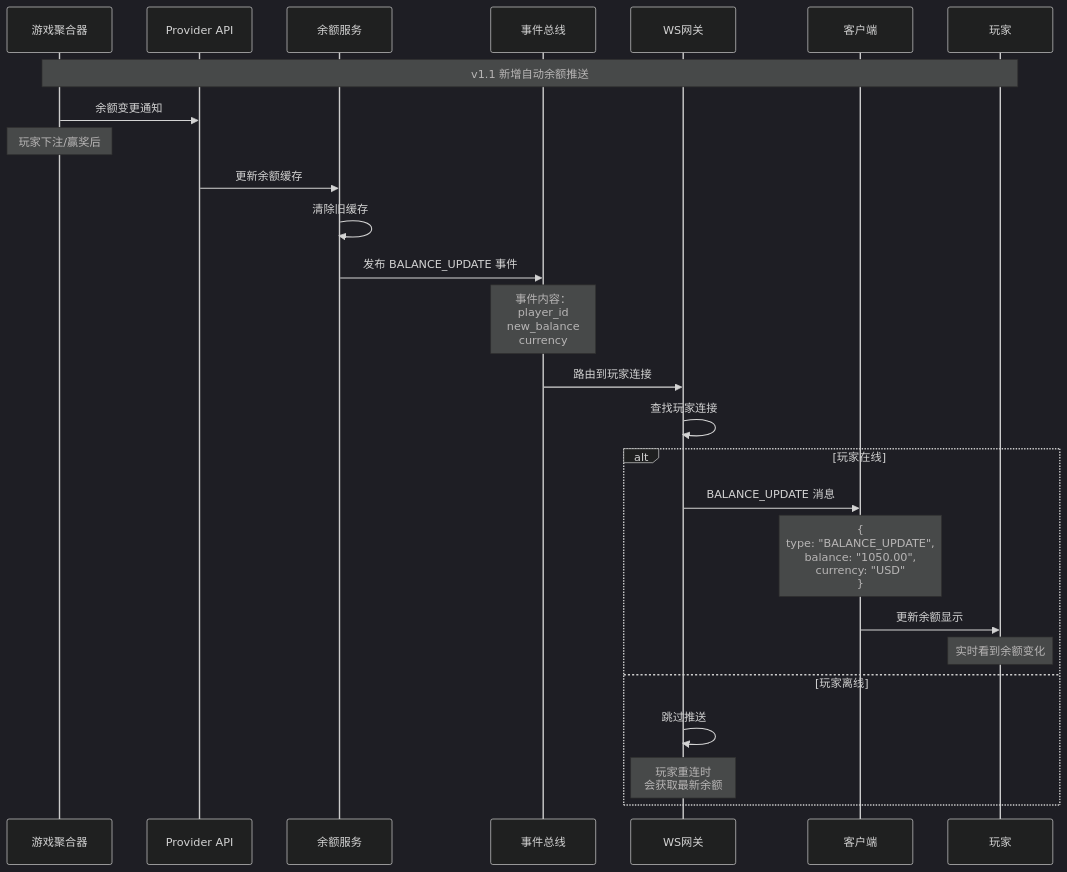
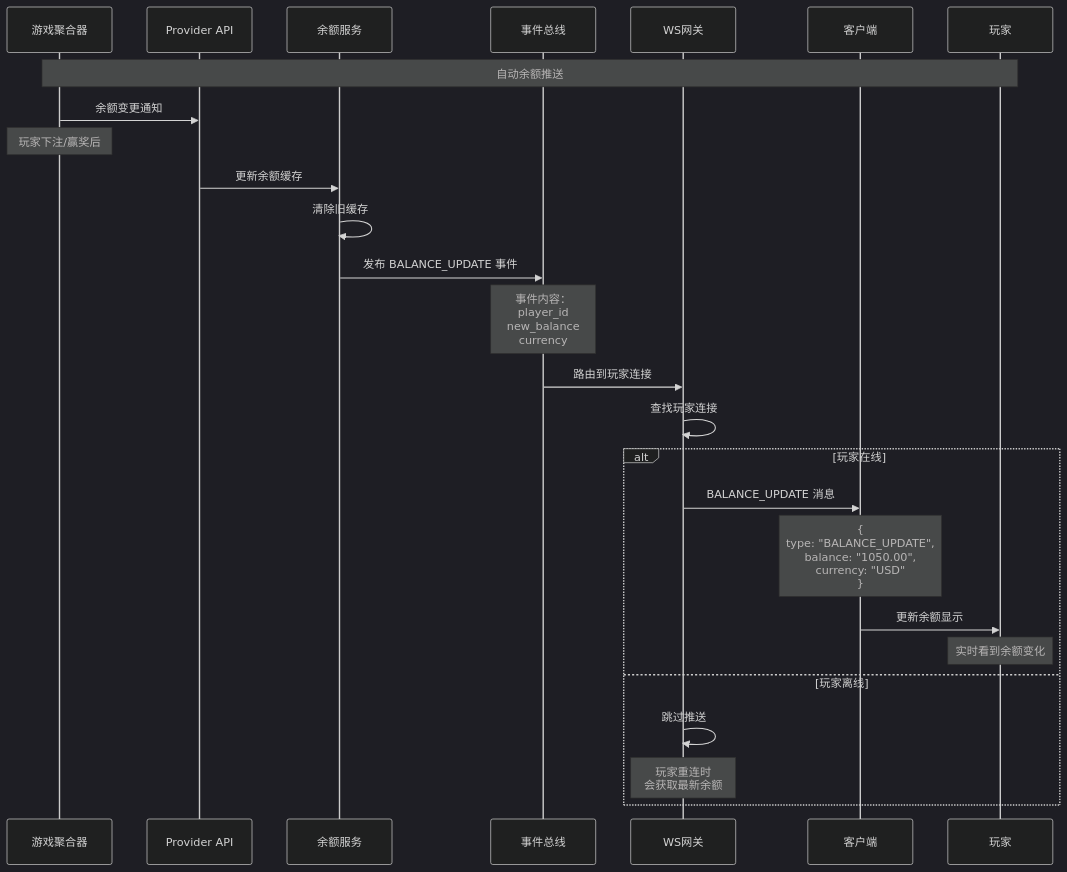
One commit to infigaming-com/invoker-gh-pages changed diagram 17 of 32 in sequence-diagrams-zh.md. Above: the diagram before and after it, drawn with Mermaid (dark theme). The commit also changed other lines of this file and 3 other files, not shown here.

````diff
--- a/sequence-diagrams-zh.md
+++ b/sequence-diagrams-zh.md
@@ -658,34 +828,34 @@
 ```mermaid
 sequenceDiagram
     participant GA as 游戏聚合器
     participant ProviderAPI as Provider API
     participant BalanceService as 余额服务
     participant EventBus as 事件总线
     participant WSGateway as WS网关
     participant Client as 客户端
     participant Player as 玩家
 
-    Note over GA,Player: v1.1 新增自动余额推送
+    Note over GA,Player: 自动余额推送
 
     GA->>ProviderAPI: 余额变更通知
     Note over GA: 玩家下注/赢奖后
     
     ProviderAPI->>BalanceService: 更新余额缓存
     BalanceService->>BalanceService: 清除旧缓存
     
     BalanceService->>EventBus: 发布 BALANCE_UPDATE 事件
     Note over EventBus: 事件内容：<br/>player_id<br/>new_balance<br/>currency
     
     EventBus->>WSGateway: 路由到玩家连接
     WSGateway->>WSGateway: 查找玩家连接
     
     alt 玩家在线
         WSGateway->>Client: BALANCE_UPDATE 消息
         Note over Client: {<br/>  type: "BALANCE_UPDATE",<br/>  balance: "1050.00",<br/>  currency: "USD"<br/>}
         Client->>Player: 更新余额显示
         Note over Player: 实时看到余额变化
     else 玩家离线
         WSGateway->>WSGateway: 跳过推送
         Note over WSGateway: 玩家重连时<br/>会获取最新余额
     end
 ```
````
